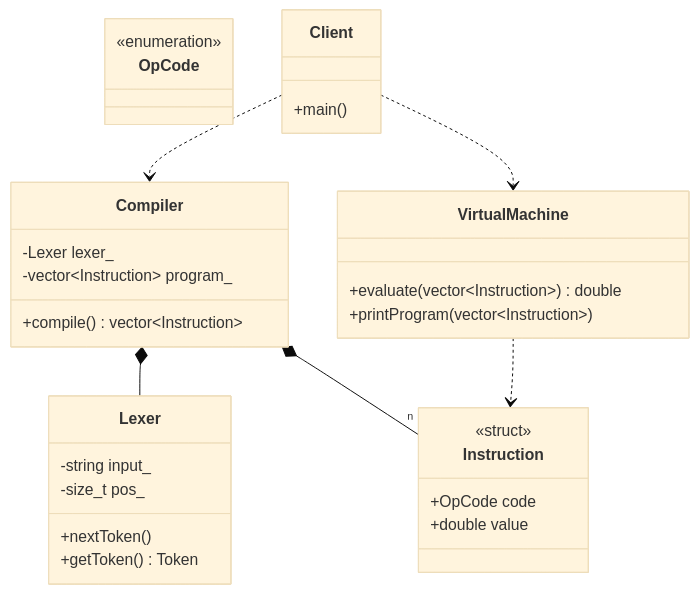
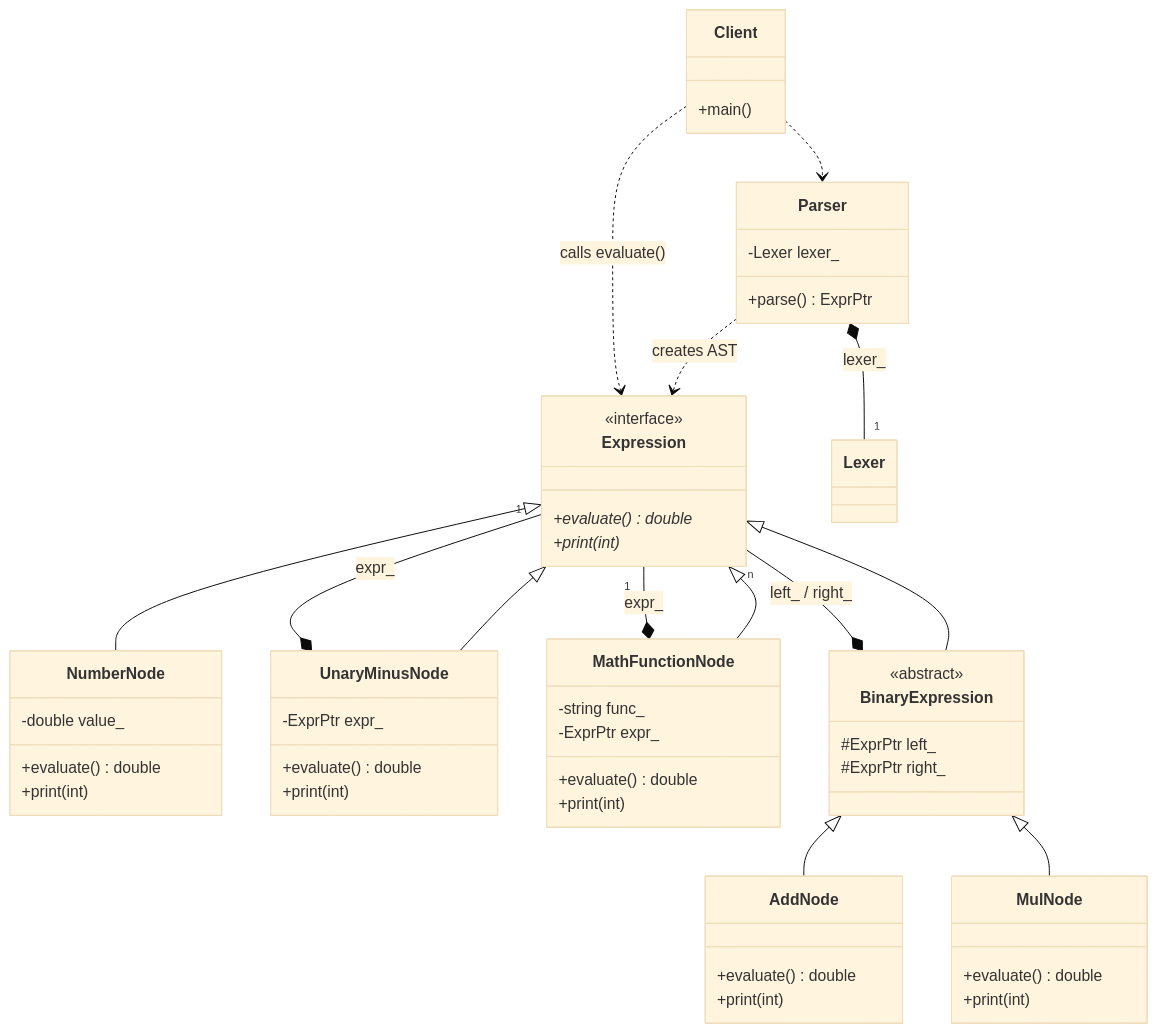
One commit to Cichlidfishexigency721/Modern-CPP-Design-Patterns changed the diagram in 20_Interpreter/Interpreter_GoF_AST/diagram.md. Above: the diagram before and after it, drawn with Mermaid (base theme). The commit also changed other lines of this file, not shown here.

Commit message:
UML improvement

````diff
--- a/20_Interpreter/Interpreter_GoF_AST/diagram.md
+++ b/20_Interpreter/Interpreter_GoF_AST/diagram.md
@@ -3,44 +3,71 @@
 ```mermaid
 classDiagram
-    class OpCode {
-        <<enumeration>>
-    }
+   class Expression {
+      <<interface>>
+      +evaluate()* double
+      +print(int)*
+   }
 
-    class Instruction {
-        <<struct>>
-        +OpCode code
-        +double value
-    }
+   class NumberNode {
+      -double value_
+      +evaluate() double
+      +print(int)
+   }
 
-    class Lexer {
-        -string input_
-        -size_t pos_
-        +nextToken()
-        +getToken() Token
-    }
+   class UnaryMinusNode {
+      -ExprPtr expr_
+      +evaluate() double
+      +print(int)
+   }
 
-    class Compiler {
-        -Lexer lexer_
-        -vector~Instruction~ program_
-        +compile() vector~Instruction~
-    }
+   class MathFunctionNode {
+      -string func_
+      -ExprPtr expr_
+      +evaluate() double
+      +print(int)
+   }
 
-    class VirtualMachine {
-        +evaluate(vector~Instruction~) double
-        +printProgram(vector~Instruction~)
-    }
+   class BinaryExpression {
+      <<abstract>>
+      #ExprPtr left_
+      #ExprPtr right_
+   }
 
-    class Client {
-        +main()
-    }
+   class AddNode {
+      +evaluate() double
+      +print(int)
+   }
 
-    %% Relationships using your symbology reference:
+   class MulNode {
+      +evaluate() double
+      +print(int)
+   }
 
-    Compiler *-- Lexer
-    Compiler *-- "n" Instruction
-    
-    VirtualMachine ..> Instruction
-    
-    Client ..> Compiler
-    Client ..> VirtualMachine
+   class Parser {
+      -Lexer lexer_
+      +parse() ExprPtr
+   }
+
+   class Client {
+      +main()
+   }
+
+   %% Inheritance
+   Expression <|-- NumberNode
+   Expression <|-- UnaryMinusNode
+   Expression <|-- MathFunctionNode
+   Expression <|-- BinaryExpression
+   BinaryExpression <|-- AddNode
+   BinaryExpression <|-- MulNode
+
+   %% Composition
+   BinaryExpression *-- "n" Expression : left_ / right_
+   UnaryMinusNode *-- "1" Expression : expr_
+   MathFunctionNode *-- "1" Expression : expr_
+   Parser *-- "1" Lexer : lexer_
+
+   %% Dependency
+   Parser ..> Expression : creates AST
+   Client ..> Parser
+   Client ..> Expression : calls evaluate()
 ```
````
